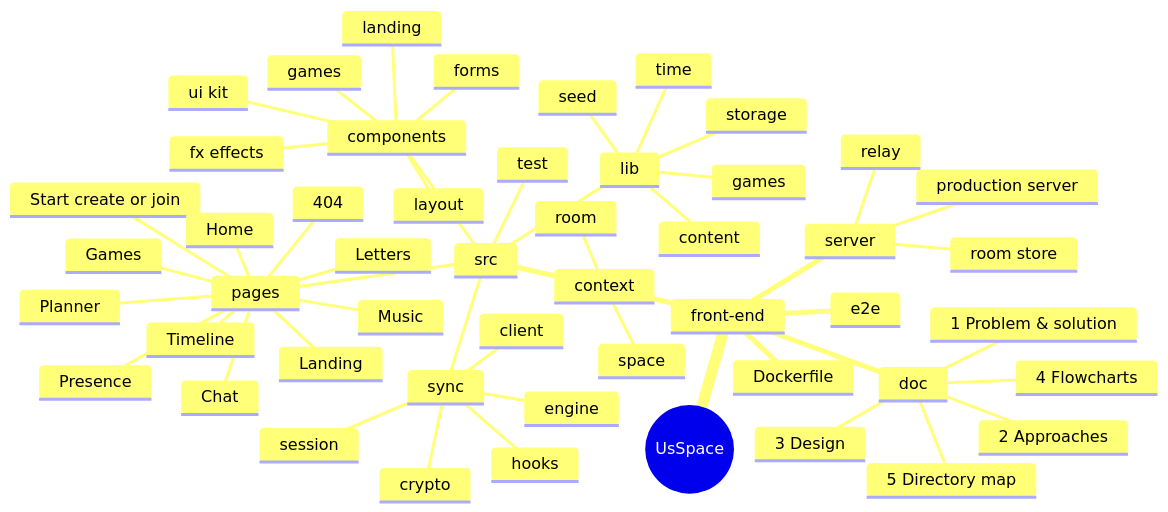
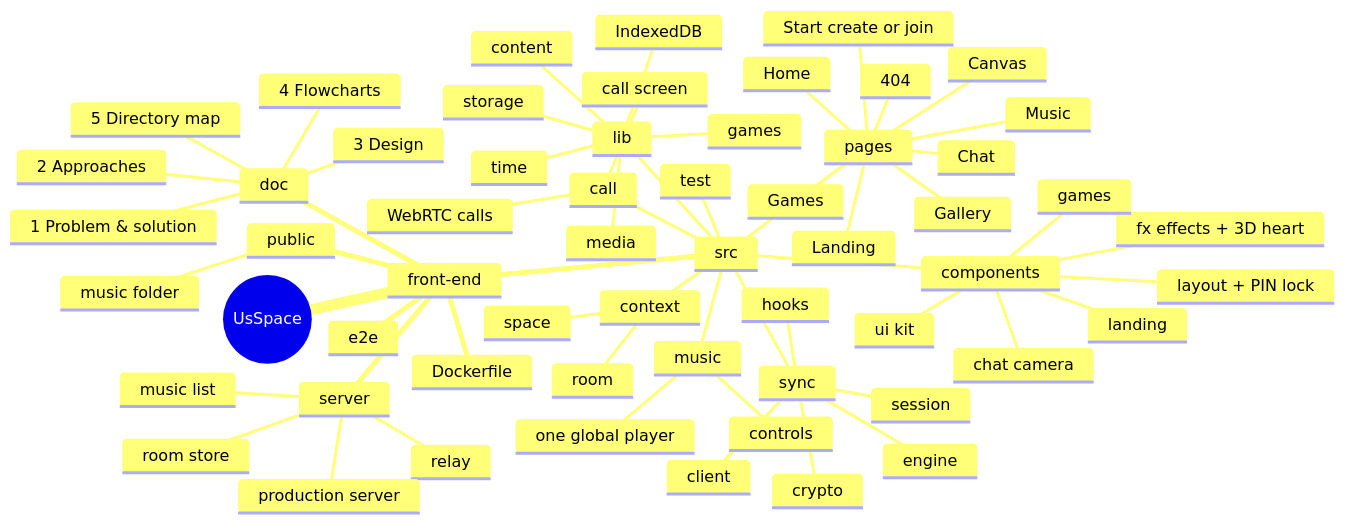
One commit to silent-coder-dev/private-space changed the first of 2 diagrams in front-end/doc/05-directory-map.md. Above: the diagram before and after it, drawn with Mermaid. The commit also changed other lines of this file and 144 other files, not shown here.

````diff
--- a/front-end/doc/05-directory-map.md
+++ b/front-end/doc/05-directory-map.md
@@ -40,53 +42,61 @@
 ```mermaid
 mindmap
   root((UsSpace))
     front-end
       doc
         1 Problem & solution
         2 Approaches
         3 Design
         4 Flowcharts
         5 Directory map
       server
         relay
         room store
+        music list
         production server
+      public
+        music folder
       src
         pages
           Landing
           Start create or join
           Home
           Chat
-          Presence
+          Gallery
+          Canvas
           Games
-          Planner
           Music
-          Letters
-          Timeline
           404
         sync
           crypto
           engine
           client
           hooks
           session
+        call
+          WebRTC calls
+          call screen
+        music
+          one global player
+          controls
         components
-          fx effects
-          layout
+          fx effects + 3D heart
+          layout + PIN lock
+          chat camera
           games
-          forms
           landing
           ui kit
         context
           room
           space
         lib
+          IndexedDB
+          media
           storage
           time
           games
           content
-          seed
         test
       e2e
       Dockerfile
 ```
````
